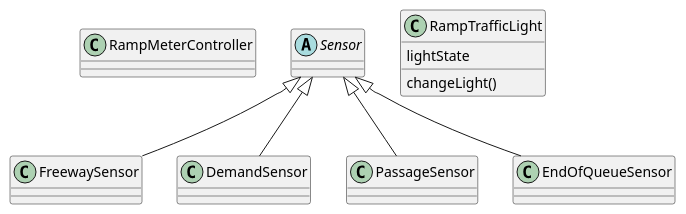
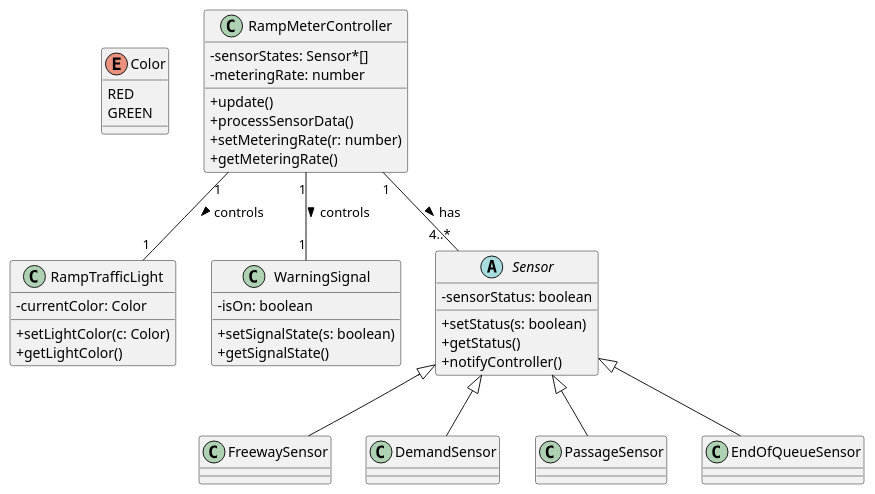
Before and after one commit to MaksimKarnaukh/MoSIS: the diagram in 01_RequirementsChecking/class_diagram.puml, drawn with PlantUML.

Commit message:
class diagram 1st final version

```diff
--- a/01_RequirementsChecking/class_diagram.puml
+++ b/01_RequirementsChecking/class_diagram.puml
@@ -1,28 +1,56 @@
 @startuml
+skinparam classAttributeIconSize 0
+
+enum Color {
+RED
+GREEN
+}
 
 class RampMeterController {
+-sensorStates: Sensor*[]
+-meteringRate: number
++update()
++processSensorData()
++setMeteringRate(r: number)
++getMeteringRate()
+}
+
+class RampTrafficLight {
+-currentColor: Color
++setLightColor(c: Color)
++getLightColor()
+}
+
+class WarningSignal {
+-isOn: boolean
++setSignalState(s: boolean)
++getSignalState()
 }
 
 abstract class Sensor {
+-sensorStatus: boolean
++setStatus(s: boolean)
++getStatus()
++notifyController()
 }
-
-Sensor <|-- FreewaySensor
-Sensor <|-- DemandSensor
-Sensor <|-- PassageSensor
-Sensor <|-- EndOfQueueSensor
 
 class FreewaySensor {
 }
 class DemandSensor {
 }
 class PassageSensor {
 }
 class EndOfQueueSensor {
 }
 
-class RampTrafficLight {
-lightState
-changeLight()
-}
+Sensor <|-- FreewaySensor
+Sensor <|-- DemandSensor
+Sensor <|-- PassageSensor
+Sensor <|-- EndOfQueueSensor
+
+RampMeterController "1" -- "4..*" Sensor : has >
+
+RampMeterController "1" -- "1" RampTrafficLight : controls >
+RampMeterController "1" -- "1" WarningSignal : controls >
 
 @enduml
```
